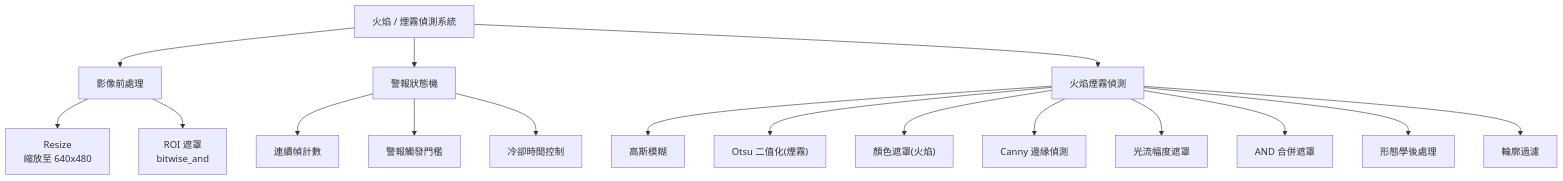
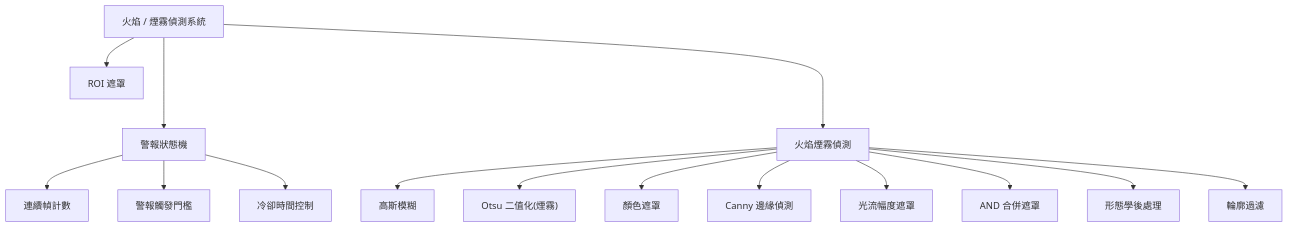
One commit to Ningchuan888/image_recognition_fire changed the first of 4 diagrams in README.md. Above: the diagram before and after it, drawn with Mermaid. The commit also changed other lines of this file, not shown here.

````diff
--- a/README.md
+++ b/README.md
@@ -46,25 +45,22 @@
 ```mermaid
 graph TD
     ROOT["火焰 / 煙霧偵測系統"]
 
-    ROOT --> PRE["影像前處理"]
-    ROOT --> ALARM["警報狀態機"]
-    ROOT --> DET["火焰煙霧偵測"]
+    ROOT --> PRE["ROI 遮罩"]
+    ROOT ---> ALARM["警報狀態機"]
+    ROOT ---> DET["火焰煙霧偵測"]
 
-    PRE --> P1["Resize\n縮放至 640x480"]
-    PRE --> P2["ROI 遮罩\nbitwise_and"]
 
     ALARM --> A1["連續幀計數"]
     ALARM --> A2["警報觸發門檻"]
     ALARM --> A3["冷卻時間控制"]
 
     DET --> D1["高斯模糊"]
     DET --> D2["Otsu 二值化(煙霧)"]
-    DET --> D3["顏色遮罩(火焰)"]
+    DET --> D3["顏色遮罩"]
     DET --> D4["Canny 邊緣偵測"]
     DET --> D5["光流幅度遮罩"]
     DET --> D6["AND 合併遮罩"]
     DET --> D7["形態學後處理"]
     DET --> D8["輪廓過濾"]
-
 ```
````
